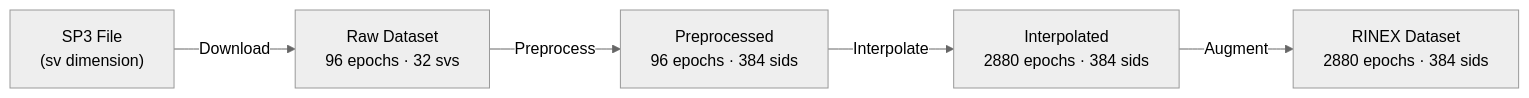
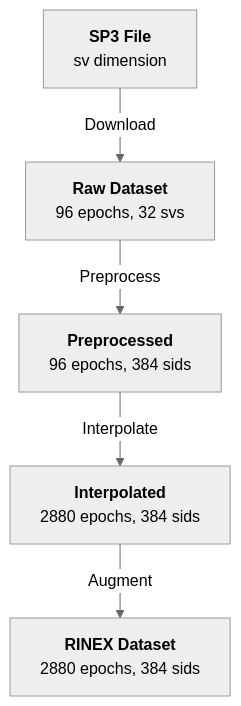
Before and after one commit to konstantinschellenberg/canvodpy: the first of 2 diagrams in docs/packages/auxiliary/overview.md, drawn with Mermaid (neutral theme). The commit also changed 38 other files, not shown here.

````diff
--- a/docs/packages/auxiliary/overview.md
+++ b/docs/packages/auxiliary/overview.md
@@ -36,7 +36,13 @@
 ```mermaid
-graph LR
-    A["SP3 File\n(sv dimension)"] -->|Download| B["Raw Dataset\n96 epochs · 32 svs"]
-    B -->|Preprocess| C["Preprocessed\n96 epochs · 384 sids"]
-    C -->|Interpolate| D["Interpolated\n2880 epochs · 384 sids"]
-    D -->|Augment| E["RINEX Dataset\n2880 epochs · 384 sids"]
+graph TD
+    A["`**SP3 File**
+    sv dimension`"]
+    A -->|Download| B["`**Raw Dataset**
+    96 epochs, 32 svs`"]
+    B -->|Preprocess| C["`**Preprocessed**
+    96 epochs, 384 sids`"]
+    C -->|Interpolate| D["`**Interpolated**
+    2880 epochs, 384 sids`"]
+    D -->|Augment| E["`**RINEX Dataset**
+    2880 epochs, 384 sids`"]
 ```
````
